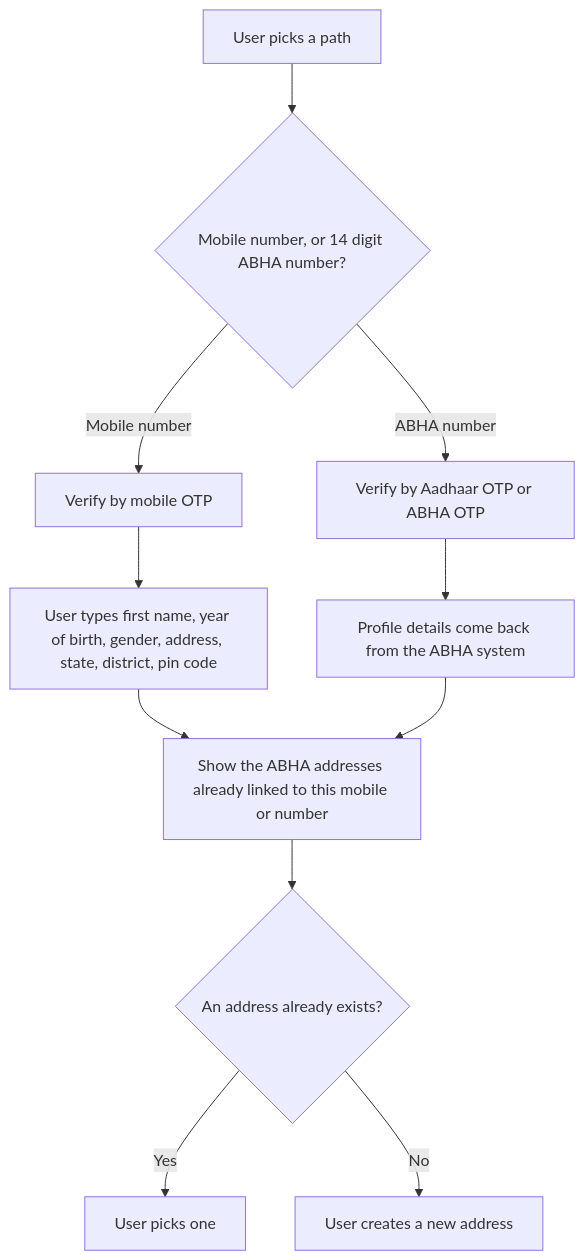
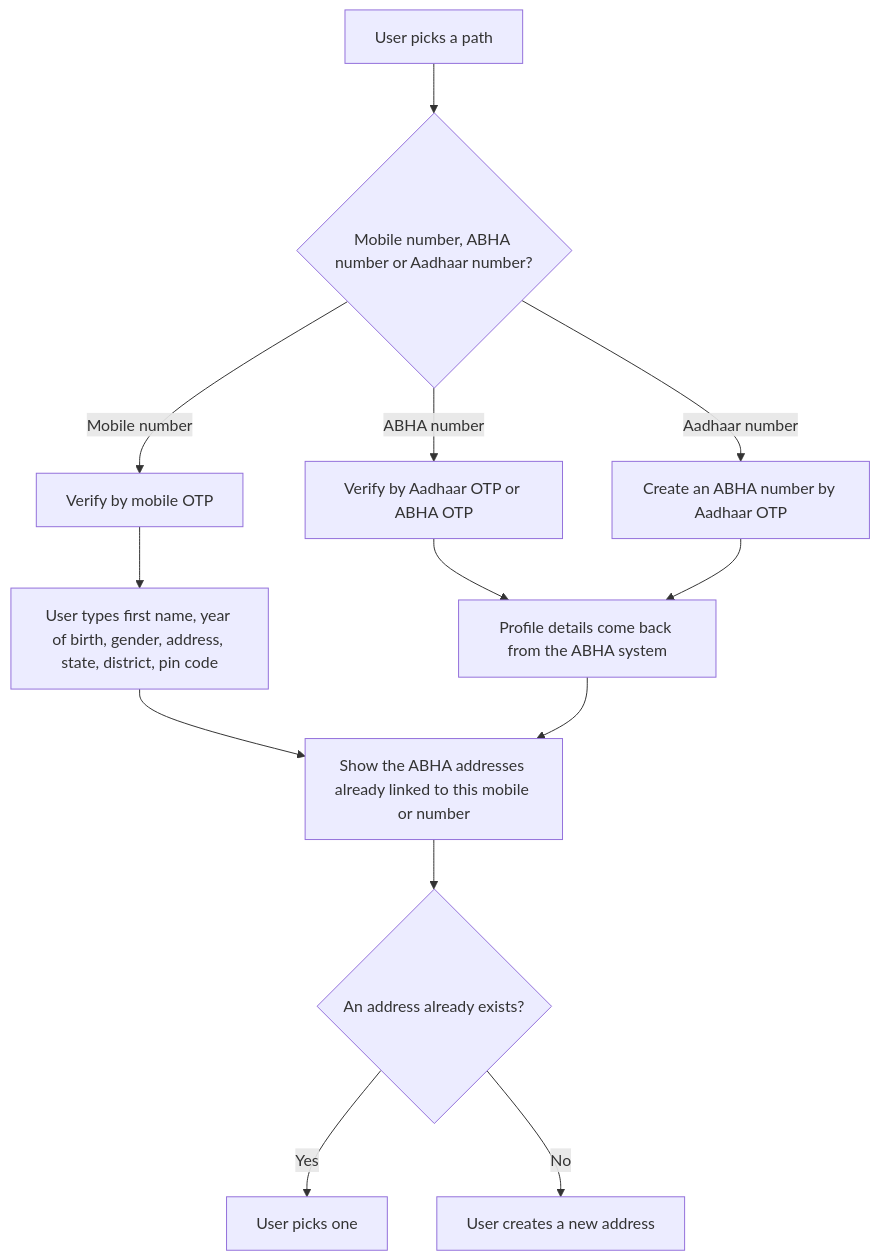
The diagram in site/docs/hiecm/v3/milestones/p1.mdx (nha-in/docs), drawn with Mermaid before and after one commit. The commit also changed other lines of this file and 7 other files, not shown here.

````diff
--- a/site/docs/hiecm/v3/milestones/p1.mdx
+++ b/site/docs/hiecm/v3/milestones/p1.mdx
@@ -54,13 +55,15 @@
 ```mermaid
 flowchart TD
-    A["User picks a path"] --> B{"Mobile number, or 14 digit ABHA number?"}
+    A["User picks a path"] --> B{"Mobile number, ABHA number or Aadhaar number?"}
     B -- "Mobile number" --> C["Verify by mobile OTP"]
     C --> D["User types first name, year of birth, gender, address, state, district, pin code"]
     B -- "ABHA number" --> E["Verify by Aadhaar OTP or ABHA OTP"]
     E --> F["Profile details come back from the ABHA system"]
+    B -- "Aadhaar number" --> K["Create an ABHA number by Aadhaar OTP"]
+    K --> F
     D --> G["Show the ABHA addresses already linked to this mobile or number"]
     F --> G
     G --> H{"An address already exists?"}
     H -- "Yes" --> I["User picks one"]
     H -- "No" --> J["User creates a new address"]
 ```
````
